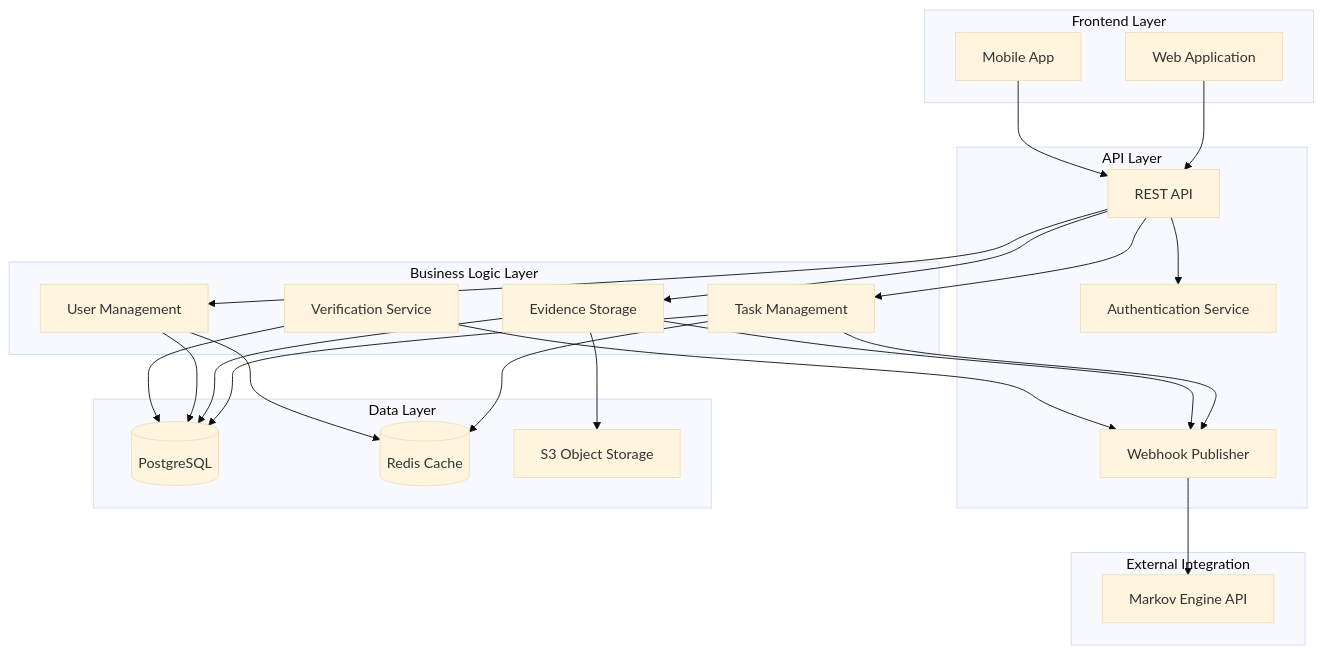
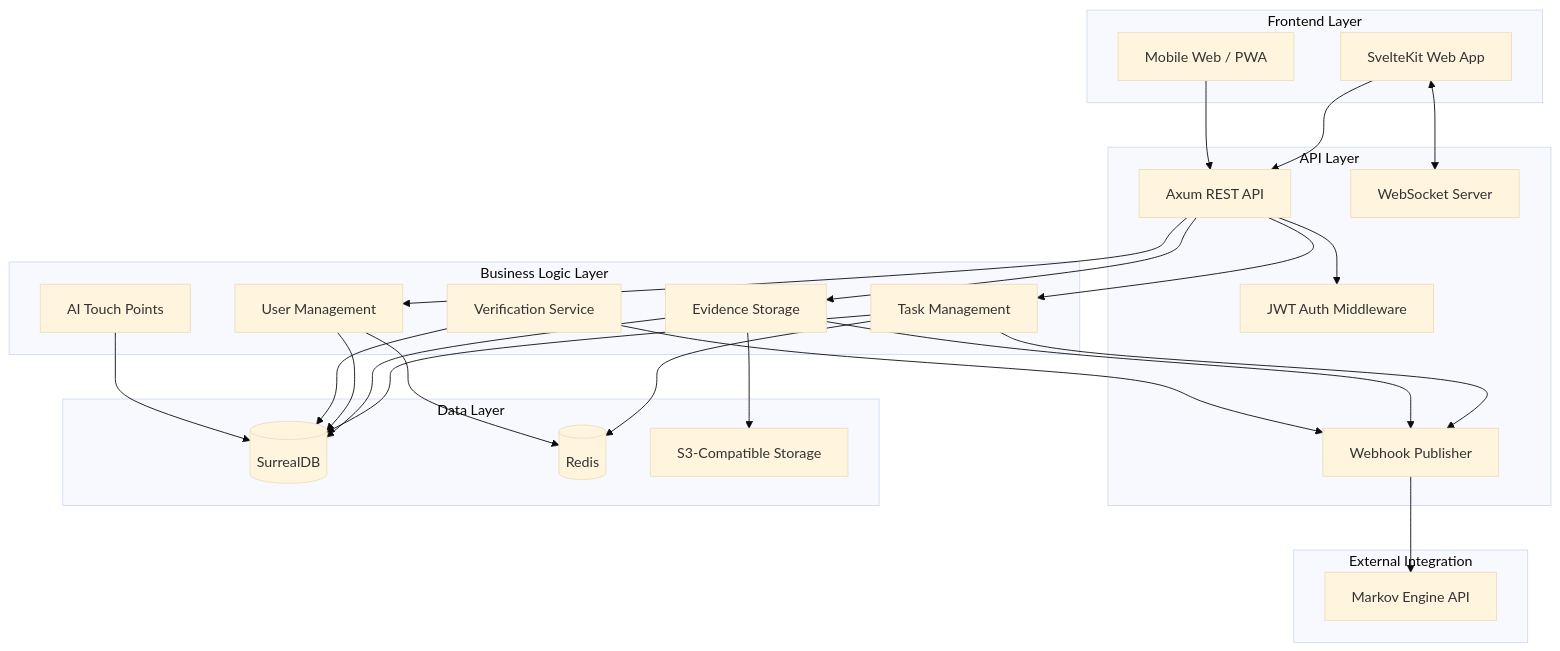
Before and after one commit to balungpisah/gotong-royong: the diagram in docs/architecture/system-overview.md, drawn with Mermaid (base theme). The commit also changed other lines of this file and 70 other files, not shown here.

````diff
--- a/docs/architecture/system-overview.md
+++ b/docs/architecture/system-overview.md
@@ -9,52 +9,56 @@
 ```mermaid
 graph TB
     subgraph "Frontend Layer"
-        WEB[Web Application]
-        MOBILE[Mobile App]
+        WEB[SvelteKit Web App]
+        MOBILE[Mobile Web / PWA]
     end
 
     subgraph "API Layer"
-        API[REST API]
-        AUTH[Authentication Service]
+        API[Axum REST API]
+        AUTH[JWT Auth Middleware]
         WEBHOOK[Webhook Publisher]
+        WS[WebSocket Server]
     end
 
     subgraph "Business Logic Layer"
         TASK[Task Management]
         EVIDENCE[Evidence Storage]
         USER[User Management]
         VERIFY[Verification Service]
+        AI[AI Touch Points]
     end
 
     subgraph "Data Layer"
-        DB[(PostgreSQL)]
-        CACHE[(Redis Cache)]
-        S3[S3 Object Storage]
+        DB[(SurrealDB)]
+        CACHE[(Redis)]
+        S3[S3-Compatible Storage]
     end
 
     subgraph "External Integration"
         MARKOV[Markov Engine API]
     end
 
     WEB --> API
     MOBILE --> API
+    WEB <--> WS
     API --> AUTH
     API --> TASK
     API --> EVIDENCE
     API --> USER
 
     TASK --> DB
     EVIDENCE --> S3
     EVIDENCE --> DB
     USER --> DB
     VERIFY --> DB
 
     TASK --> CACHE
     USER --> CACHE
 
     TASK --> WEBHOOK
     EVIDENCE --> WEBHOOK
     VERIFY --> WEBHOOK
 
     WEBHOOK --> MARKOV
+    AI --> DB
 ```
````
